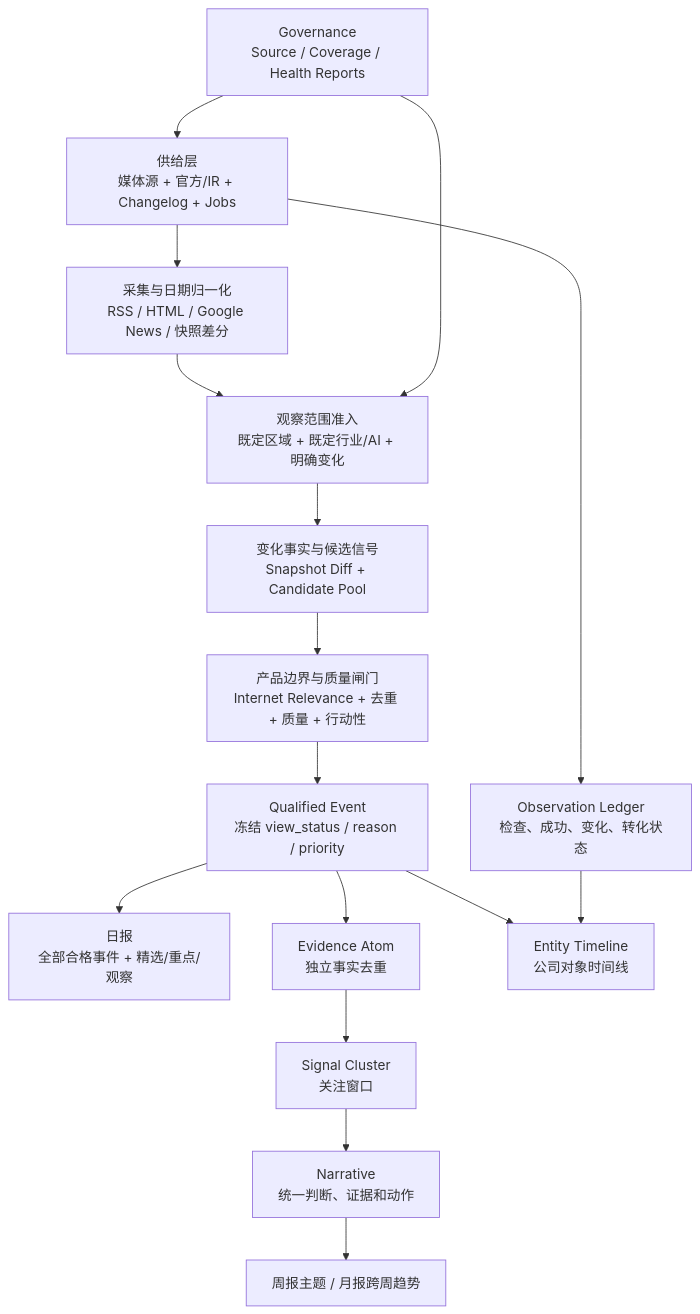
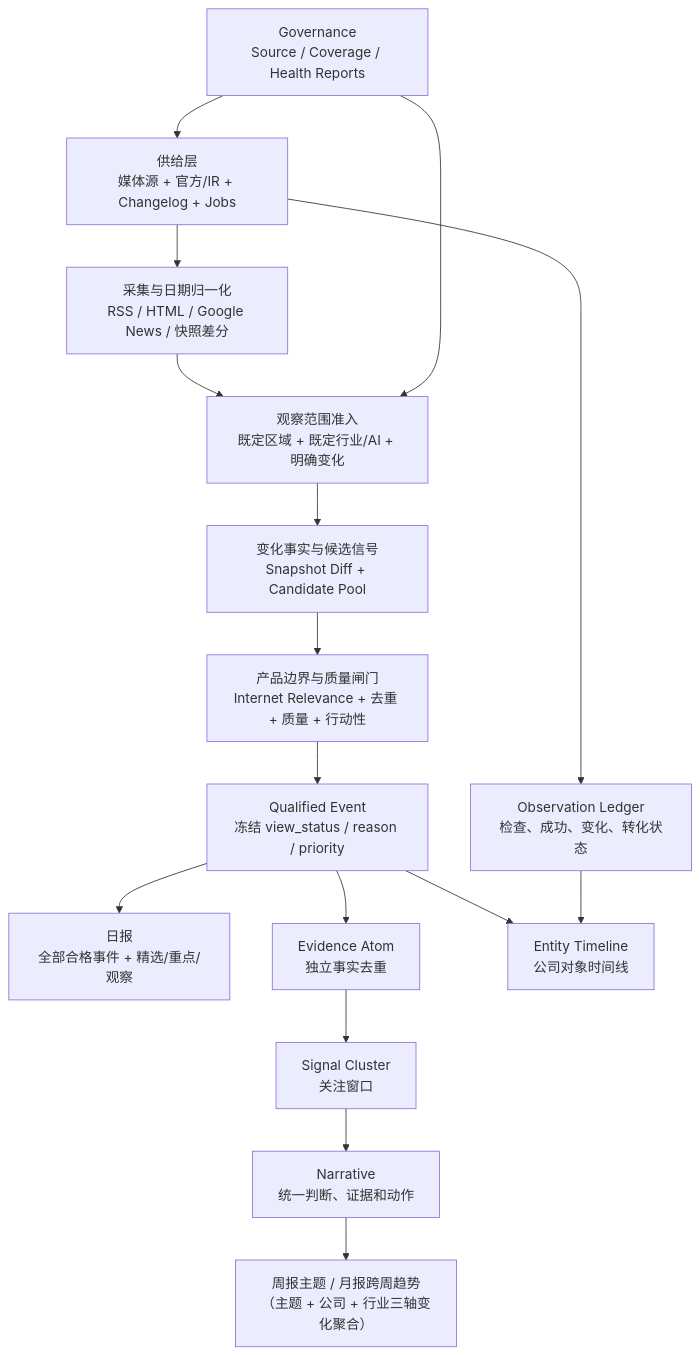
The diagram in docs/SYSTEM_OVERVIEW.md (HuangJun722/weekly-report), drawn with Mermaid before and after one commit. The commit also changed other lines of this file and 4 other files, not shown here.

````diff
--- a/docs/SYSTEM_OVERVIEW.md
+++ b/docs/SYSTEM_OVERVIEW.md
@@ -38,18 +38,18 @@
 ```mermaid
 flowchart TD
     A["供给层\n媒体源 + 官方/IR + Changelog + Jobs"] --> B["采集与日期归一化\nRSS / HTML / Google News / 快照差分"]
     B --> C["观察范围准入\n既定区域 + 既定行业/AI + 明确变化"]
     C --> C1["变化事实与候选信号\nSnapshot Diff + Candidate Pool"]
     C1 --> D["产品边界与质量闸门\nInternet Relevance + 去重 + 质量 + 行动性"]
     D --> E0["Qualified Event\n冻结 view_status / reason / priority"]
     E0 --> E["日报\n全部合格事件 + 精选/重点/观察"]
     E0 --> F["Evidence Atom\n独立事实去重"]
     F --> G["Signal Cluster\n关注窗口"]
     G --> H["Narrative\n统一判断、证据和动作"]
-    H --> I["周报主题 / 月报跨周趋势"]
+    H --> I["周报主题 / 月报跨周趋势\n（主题 + 公司 + 行业三轴变化聚合）"]
     E0 --> J["Entity Timeline\n公司对象时间线"]
     A --> K["Observation Ledger\n检查、成功、变化、转化状态"]
     K --> J
     L["Governance\nSource / Coverage / Health Reports"] --> A
     L --> C
 ```
````
